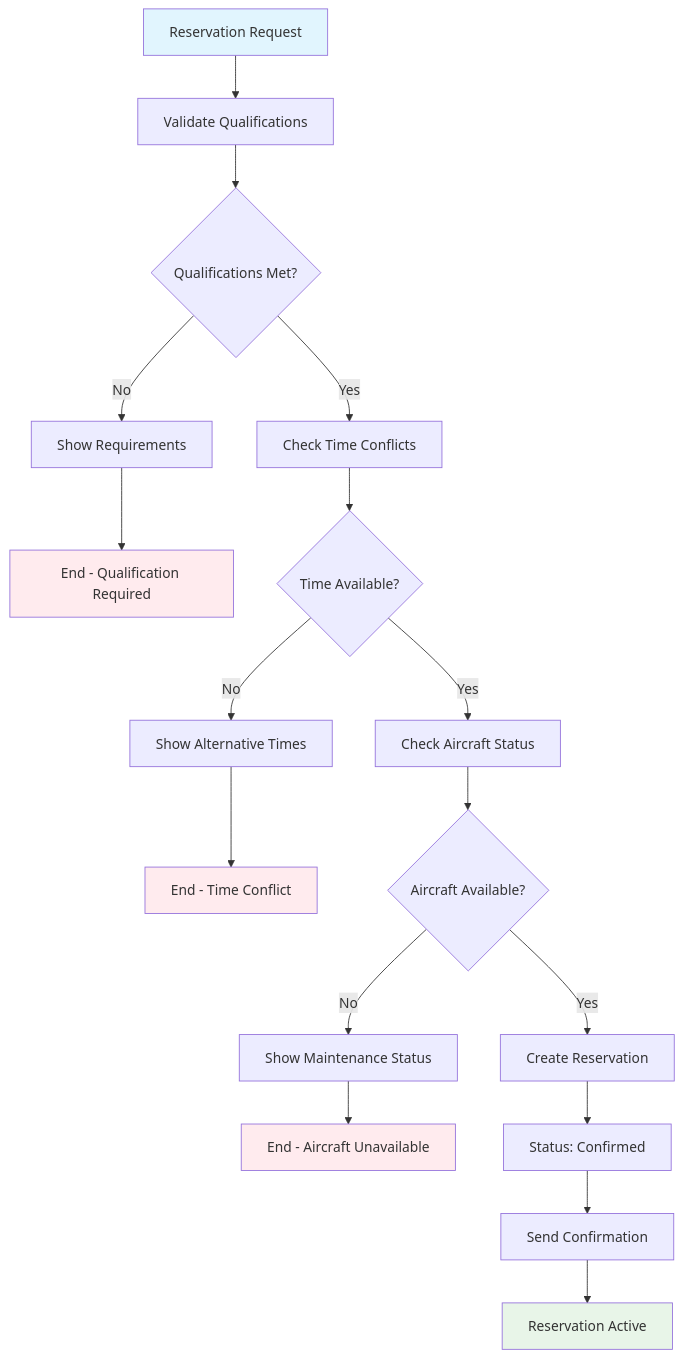
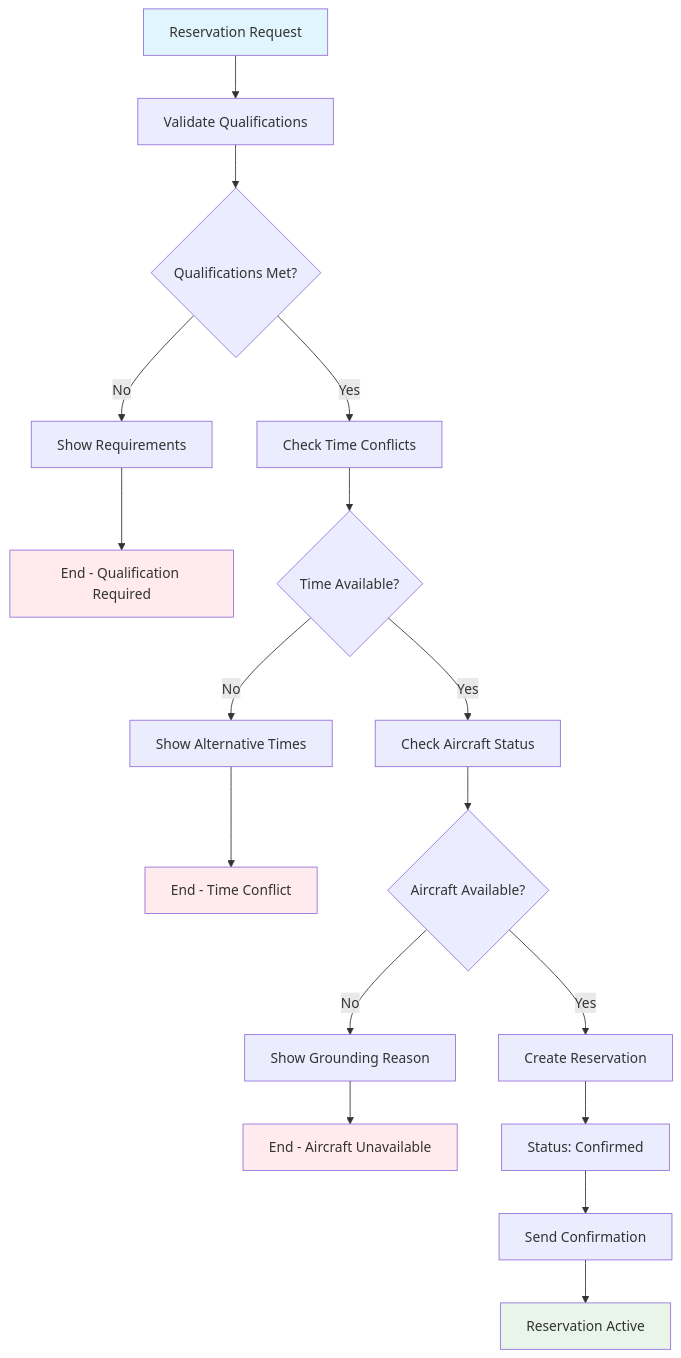
The fourth of 6 diagrams in docs/workflows/issue-190-glider-reservation-design.md (pietbarber/Manage2Soar), drawn with Mermaid before and after one commit. The commit also changed other lines of this file, not shown here.

````diff
--- a/docs/workflows/issue-190-glider-reservation-design.md
+++ b/docs/workflows/issue-190-glider-reservation-design.md
@@ -182,31 +181,31 @@
 ```mermaid
 flowchart TD
     A[Reservation Request] --> B[Validate Qualifications]
     B --> C{Qualifications Met?}
     
     C -->|No| D[Show Requirements]
     D --> E[End - Qualification Required]
     
     C -->|Yes| F[Check Time Conflicts]
     F --> G{Time Available?}
     
     G -->|No| H[Show Alternative Times]
     H --> I[End - Time Conflict]
     
     G -->|Yes| J[Check Aircraft Status]
     J --> K{Aircraft Available?}
     
-    K -->|No| L[Show Maintenance Status]
+    K -->|No| L[Show Grounding Reason]
     L --> M[End - Aircraft Unavailable]
     
     K -->|Yes| N[Create Reservation]
     N --> O[Status: Confirmed]
     O --> P[Send Confirmation]
     P --> Q[Reservation Active]
     
     style A fill:#e1f5fe
     style Q fill:#e8f5e8
     style E fill:#ffebee
     style I fill:#ffebee
     style M fill:#ffebee
 ```
````
